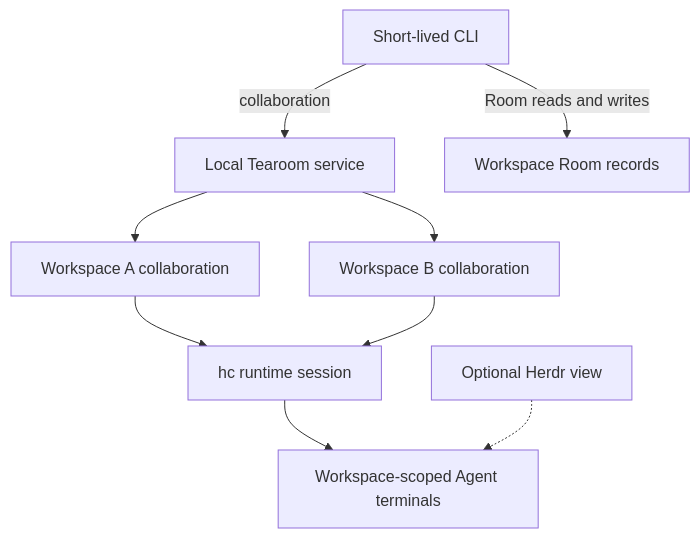
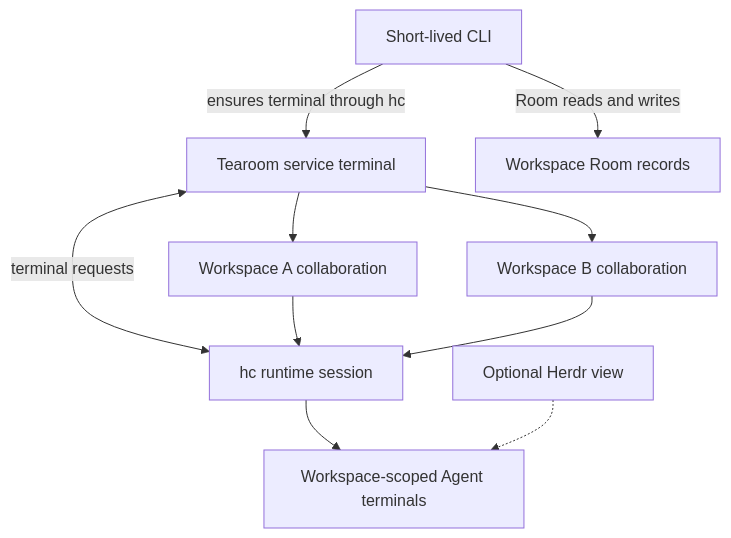
The diagram in docs/architecture/collaboration.md (williamfzc/tearoom), drawn with Mermaid before and after one commit. The commit also changed other lines of this file and 25 other files, not shown here.

Commit message:
feat: run collaboration as a per-user service

````diff
--- a/docs/architecture/collaboration.md
+++ b/docs/architecture/collaboration.md
@@ -116,11 +166,12 @@
 ```mermaid
 flowchart TD
-    cli[Short-lived CLI] -->|collaboration| service[Local Tearoom service]
+    cli[Short-lived CLI] -->|ensures terminal through hc| service[Tearoom service terminal]
     cli -->|Room reads and writes| records[Workspace Room records]
     service --> workspaceA[Workspace A collaboration]
     service --> workspaceB[Workspace B collaboration]
-    workspaceA --> hc[hc runtime session]
+    service <-->|terminal requests| hc[hc runtime session]
+    workspaceA --> hc
     workspaceB --> hc
     hc --> agents[Workspace-scoped Agent terminals]
     herdr[Optional Herdr view] -.-> agents
 ```
````
